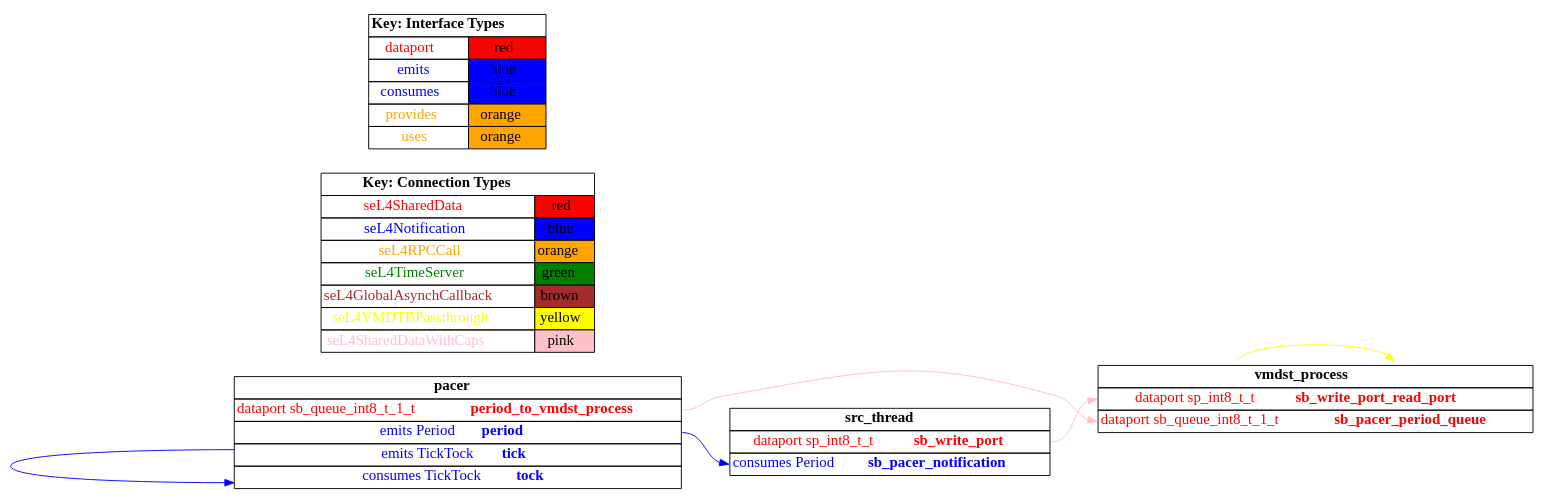
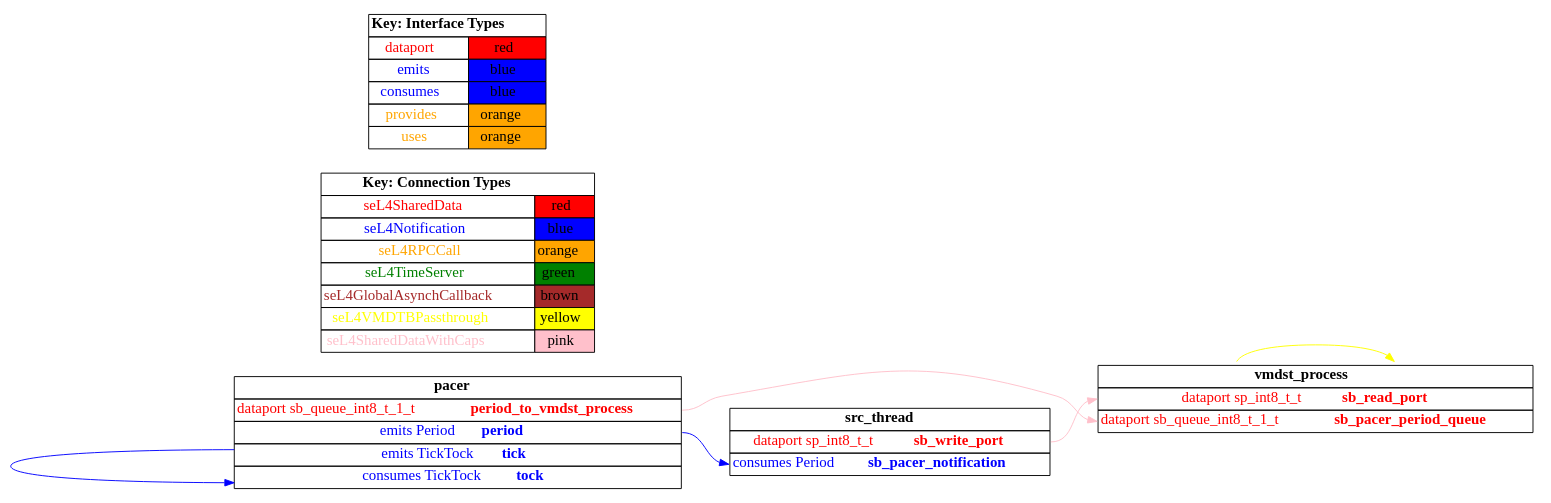
Before and after one commit to loonwerks/CASE: the diagram in TA5/tool-evaluation-4/HAMR/examples/test_data_port_periodic_domains_VM/receiver_vm/CAmkES_seL4_Only/graph.dot, drawn with Graphviz. The commit also changed 101 other files, not shown here.

```diff
--- a/TA5/tool-evaluation-4/HAMR/examples/test_data_port_periodic_domains_VM/receiver_vm/CAmkES_seL4_Only/graph.dot
+++ b/TA5/tool-evaluation-4/HAMR/examples/test_data_port_periodic_domains_VM/receiver_vm/CAmkES_seL4_Only/graph.dot
@@ -1,108 +1,108 @@
 digraph g {
 graph [
   overlap = false,
   rankdir = "LR"
 ];
 node [
   fontsize = "16",
   shape = "ellipse"
 ];
 edge [
 ];
 
 src_thread [
   label=<
     <TABLE BORDER="0" CELLBORDER="1" CELLSPACING="0">
       <TR><TD><B>src_thread</B></TD></TR>
       <TR><TD PORT="sb_write_port"><FONT COLOR="red">dataport sp_int8_t_t <B>sb_write_port</B></FONT></TD></TR>
       <TR><TD PORT="sb_pacer_notification"><FONT COLOR="blue">consumes Period <B>sb_pacer_notification</B></FONT></TD></TR>"
     </TABLE>
   >
   shape=plaintext
 ];
 
 vmdst_process [
   label=<
     <TABLE BORDER="0" CELLBORDER="1" CELLSPACING="0">
       <TR><TD><B>vmdst_process</B></TD></TR>
-      <TR><TD PORT="sb_write_port_read_port"><FONT COLOR="red">dataport sp_int8_t_t <B>sb_write_port_read_port</B></FONT></TD></TR>
+      <TR><TD PORT="sb_read_port"><FONT COLOR="red">dataport sp_int8_t_t <B>sb_read_port</B></FONT></TD></TR>
       <TR><TD PORT="sb_pacer_period_queue"><FONT COLOR="red">dataport sb_queue_int8_t_1_t <B>sb_pacer_period_queue</B></FONT></TD></TR>"
     </TABLE>
   >
   shape=plaintext
 ];
 
 pacer [
   label=<
     <TABLE BORDER="0" CELLBORDER="1" CELLSPACING="0">
       <TR><TD><B>pacer</B></TD></TR>
       <TR><TD PORT="period_to_vmdst_process"><FONT COLOR="red">dataport sb_queue_int8_t_1_t <B>period_to_vmdst_process</B></FONT></TD></TR>
       <TR><TD PORT="period"><FONT COLOR="blue">emits Period <B>period</B></FONT></TD></TR>
       <TR><TD PORT="tick"><FONT COLOR="blue">emits TickTock <B>tick</B></FONT></TD></TR>
       <TR><TD PORT="tock"><FONT COLOR="blue">consumes TickTock <B>tock</B></FONT></TD></TR>"
     </TABLE>
   >
   shape=plaintext
 ];
 
 connectiontypekey [
   label=<
    <TABLE BORDER="0" CELLBORDER="1" CELLSPACING="0">
      <TR><TD COLSPAN="2"><B>Key: Connection Types</B></TD></TR>
      <TR><TD><FONT COLOR="red">seL4SharedData</FONT></TD><TD BGCOLOR="red">red</TD></TR>
      <TR><TD><FONT COLOR="blue">seL4Notification</FONT></TD><TD BGCOLOR="blue">blue</TD></TR>
      <TR><TD><FONT COLOR="orange">seL4RPCCall</FONT></TD><TD BGCOLOR="orange">orange</TD></TR>
      <TR><TD><FONT COLOR="green">seL4TimeServer</FONT></TD><TD BGCOLOR="green">green</TD></TR>
      <TR><TD><FONT COLOR="brown">seL4GlobalAsynchCallback</FONT></TD><TD BGCOLOR="brown">brown</TD></TR>
      <TR><TD><FONT COLOR="yellow">seL4VMDTBPassthrough</FONT></TD><TD BGCOLOR="yellow">yellow</TD></TR>
      <TR><TD><FONT COLOR="pink">seL4SharedDataWithCaps</FONT></TD><TD BGCOLOR="pink">pink</TD></TR>
    </TABLE>
   >
   shape=plaintext
 ];
 
 interfacetypekey [
   label=<
    <TABLE BORDER="0" CELLBORDER="1" CELLSPACING="0">
      <TR><TD COLSPAN="2"><B>Key: Interface Types</B></TD></TR>
      <TR><TD><FONT COLOR="red">dataport</FONT></TD><TD BGCOLOR="red">red</TD></TR>
      <TR><TD><FONT COLOR="blue">emits</FONT></TD><TD BGCOLOR="blue">blue</TD></TR>
      <TR><TD><FONT COLOR="blue">consumes</FONT></TD><TD BGCOLOR="blue">blue</TD></TR>
      <TR><TD><FONT COLOR="orange">provides</FONT></TD><TD BGCOLOR="orange">orange</TD></TR>
      <TR><TD><FONT COLOR="orange">uses</FONT></TD><TD BGCOLOR="orange">orange</TD></TR>
    </TABLE>
   >
   shape=plaintext
 ];
 
 "vmdst_process":dtb_self -> "vmdst_process":dtb [
   color="yellow"
   //label = "seL4VMDTBPassthrough"
   id = conn1
 ];
 
-"src_thread":sb_write_port -> "vmdst_process":sb_write_port_read_port [
+"src_thread":sb_write_port -> "vmdst_process":sb_read_port [
   color="pink"
   //label = "seL4SharedDataWithCaps"
   id = conn2
 ];
 
 "pacer":tick -> "pacer":tock [
   color="blue"
   //label = "seL4Notification"
   id = conn3
 ];
 
 "pacer":period -> "src_thread":sb_pacer_notification [
   color="blue"
   //label = "seL4Notification"
   id = conn4
 ];
 
 "pacer":period_to_vmdst_process -> "vmdst_process":sb_pacer_period_queue [
   color="pink"
   //label = "seL4SharedDataWithCaps"
   id = conn5
 ];
 
 }
```
